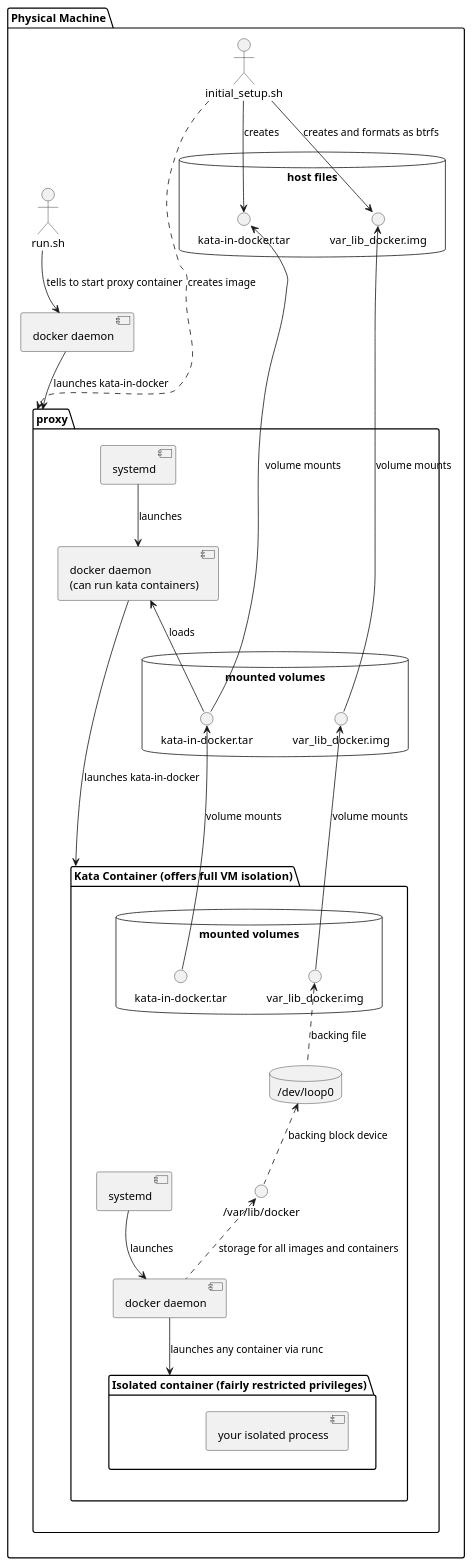
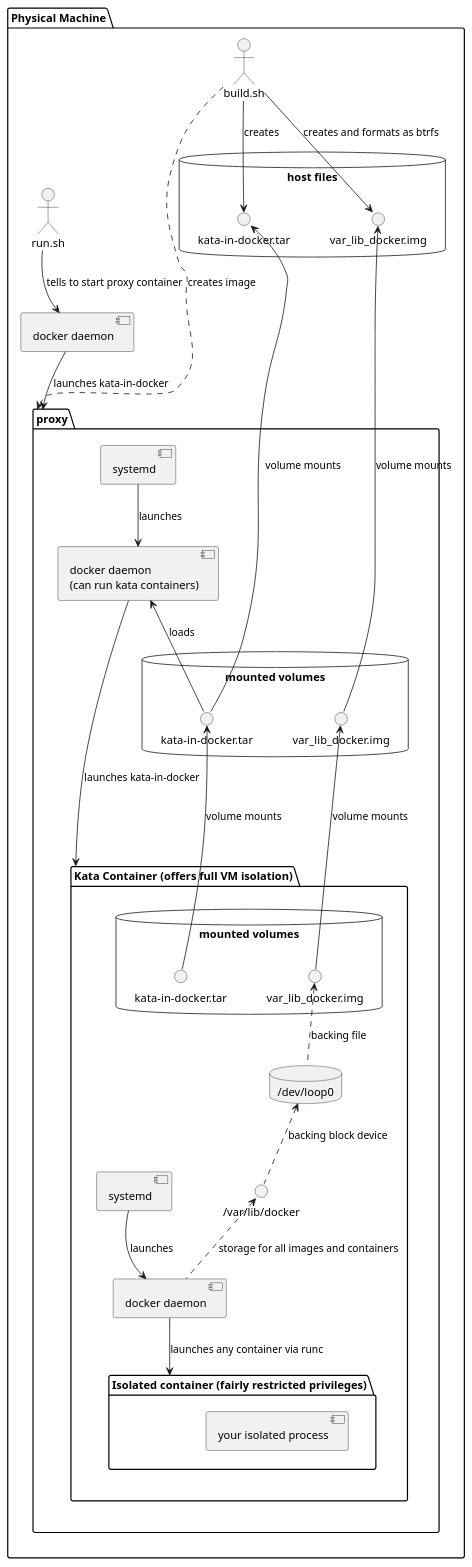
One commit to daniel-noland/docker-in-kata changed the diagram in docs/relationships.puml. Above: the diagram before and after it, drawn with PlantUML. The commit also changed 2 other files, not shown here.

Commit message:
Touched up build system
The new build should be faster and more portable.
Looking to get this system tested on other machines.

```diff
--- a/docs/relationships.puml
+++ b/docs/relationships.puml
@@ -1,56 +1,56 @@
 @startuml
 skinparam componentStyle uml2
 
 package "Physical Machine" as physical {
-    initial_setup.sh as initialSetup
+    build.sh as initialSetup
     initialSetup ....> proxy : creates image
     run.sh as runScript
     [docker daemon] as outerDocker
     runScript --> outerDocker : tells to start proxy container
     outerDocker --> proxy : launches kata-in-docker
 
     database "host files" as host.volumes {
         () var_lib_docker.img as dockerImg.host
         () "kata-in-docker.tar" as kataInDocker.host
         initialSetup --> dockerImg.host : creates and formats as btrfs
         initialSetup --> kataInDocker.host : creates
     }
     package "Physical Machine Proxy Container (fairly high privileges)" as proxy {
         database "mounted volumes" as proxy.volumes {
             () "kata-in-docker.tar" as kataInDocker.proxy
             () var_lib_docker.img as dockerImg.proxy
             kataInDocker.host <--- kataInDocker.proxy : volume mounts
             dockerImg.host <--- dockerImg.proxy : volume mounts
         }
         [systemd]
         component kataDocker [
             docker daemon
             (can run kata containers)
         ]
         kataDocker <-- kataInDocker.proxy : loads
         systemd --> kataDocker : launches
         package "Kata Container (offers full VM isolation)" as kataContainer {
             database "mounted volumes" as kata.volumes {
                 () "kata-in-docker.tar" as kataInDocker.kata
                 () var_lib_docker.img as dockerImg.kata
                 kataInDocker.proxy <--- kataInDocker.kata : volume mounts
                 dockerImg.proxy <--- dockerImg.kata : volume mounts
             }
             database "/dev/loop0" as loop0
             () "/var/lib/docker" as varLibDocker
             loop0 <.. varLibDocker : backing block device
             [systemd] as nestedSystemd
             component "docker daemon" as nestedDocker
             varLibDocker <.. nestedDocker : storage for all images and containers
             package "Isolated container (fairly restricted privileges)" as isolatedContainer {
                 [your isolated process] as isolatedProcess
             }
         }
         kataDocker --> kataContainer : launches kata-in-docker
         nestedSystemd --> nestedDocker : launches
         nestedDocker --> isolatedContainer : launches any container via runc
     }
     dockerImg.kata <.. loop0 : backing file
 }
 
 @enduml
```
